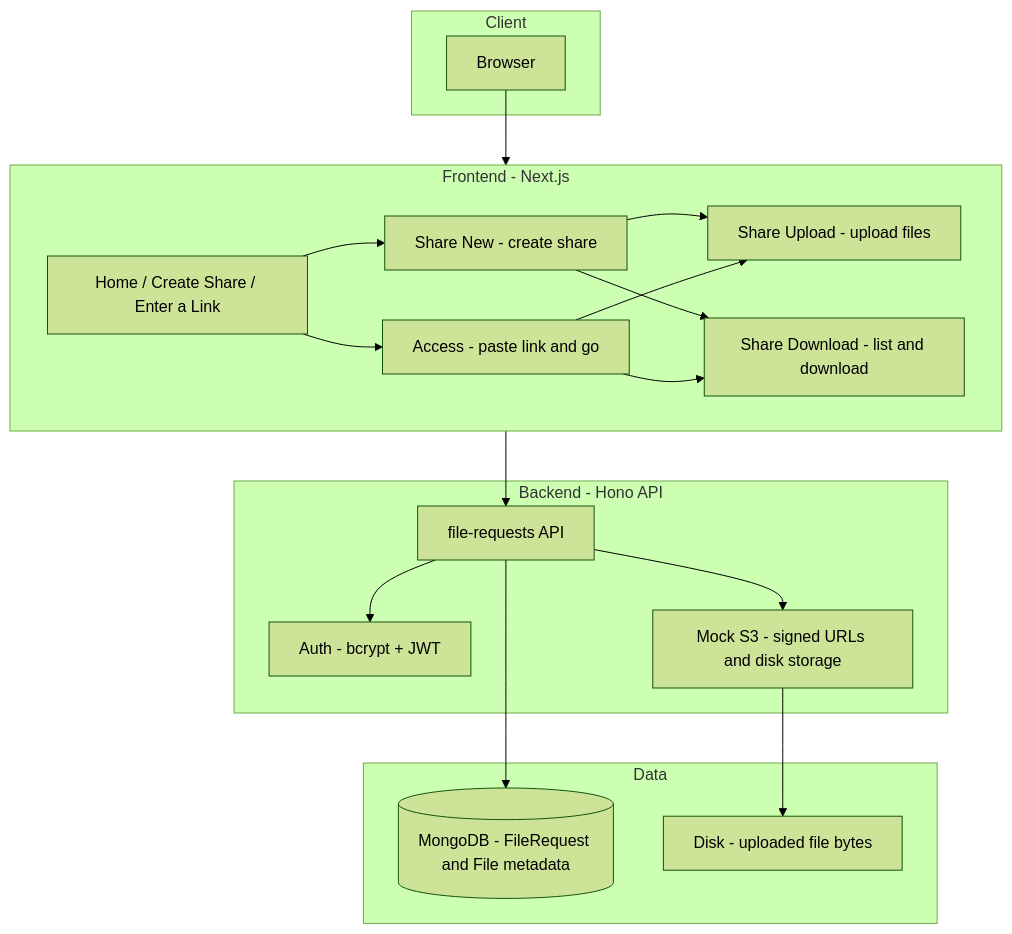
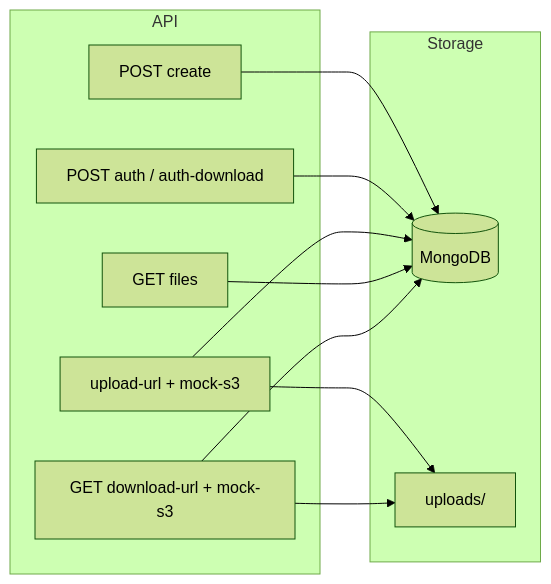
Before and after one commit to Aldanito/File-Upload-Download-Service: the diagram in README.md, drawn with Mermaid (forest theme). The commit also changed other lines of this file and 99 other files, not shown here.

Commit message:
Backend only: Hono API, MongoDB, mock S3

````diff
--- a/README.md
+++ b/README.md
@@ -60,38 +26,23 @@
 ```mermaid
-flowchart TB
-  subgraph client [Client]
-    Browser[Browser]
+flowchart LR
+  subgraph api [API]
+    Create[POST create]
+    Auth[POST auth / auth-download]
+    Upload[upload-url + mock-s3]
+    List[GET files]
+    Download[GET download-url + mock-s3]
   end
 
-  subgraph frontend [Frontend - Next.js]
-    Home[Home / Create Share / Enter a Link]
-    ShareNew[Share New - create share]
-    ShareUpload[Share Upload - upload files]
-    ShareDownload[Share Download - list and download]
-    Access[Access - paste link and go]
-    Home --> ShareNew
-    Home --> Access
-    ShareNew --> ShareUpload
-    ShareNew --> ShareDownload
-    Access --> ShareUpload
-    Access --> ShareDownload
+  subgraph storage [Storage]
+    MongoDB[(MongoDB)]
+    Disk[uploads/]
   end
 
-  subgraph backend [Backend - Hono API]
-    API[file-requests API]
-    Auth[Auth - bcrypt + JWT]
-    MockS3[Mock S3 - signed URLs and disk storage]
-    API --> Auth
-    API --> MockS3
-  end
-
-  subgraph data [Data]
-    MongoDB[(MongoDB - FileRequest and File metadata)]
-    Disk[Disk - uploaded file bytes]
-  end
-
-  Browser --> frontend
-  frontend --> API
-  API --> MongoDB
-  MockS3 --> Disk
+  Create --> MongoDB
+  Auth --> MongoDB
+  Upload --> MongoDB
+  Upload --> Disk
+  List --> MongoDB
+  Download --> MongoDB
+  Download --> Disk
 ```
````
